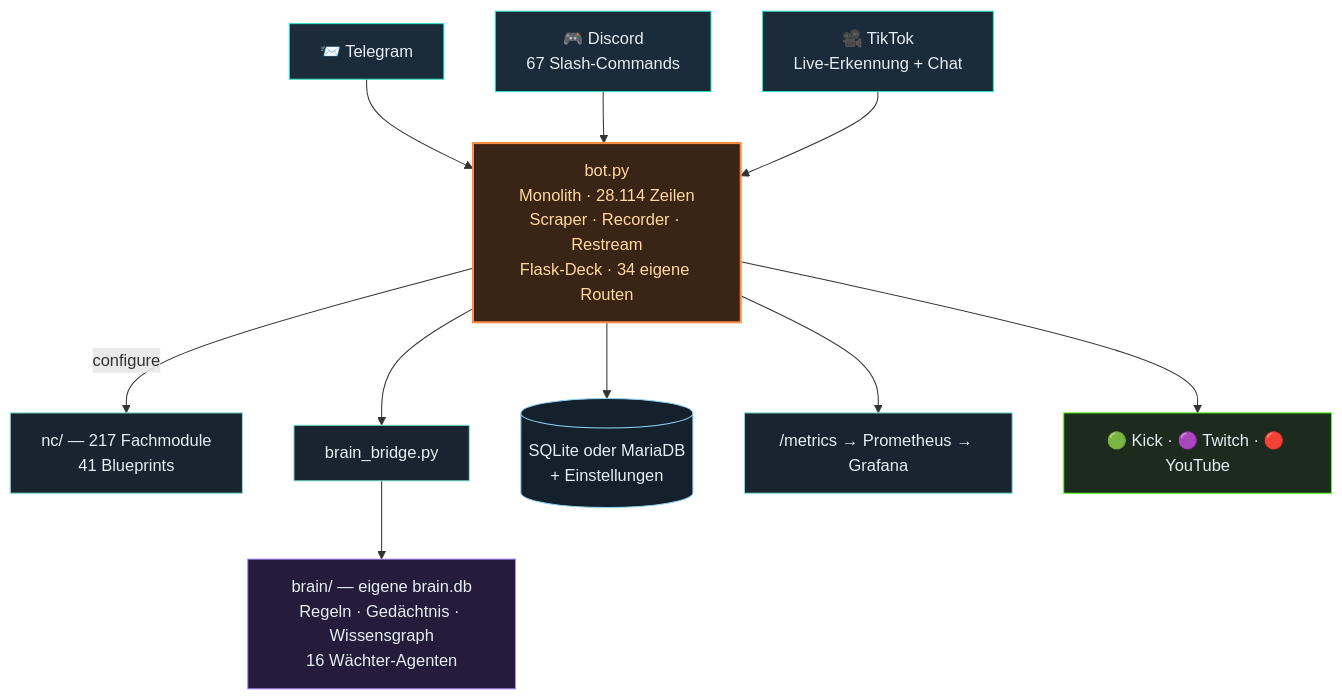
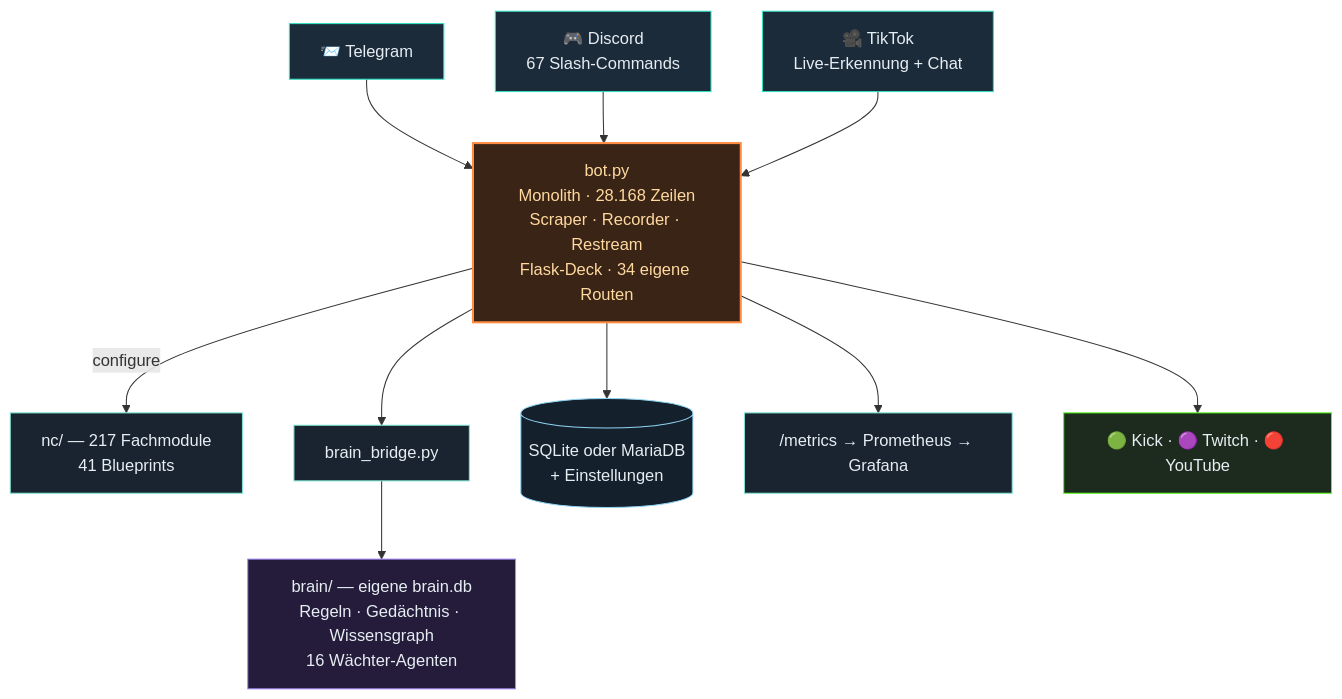
Before and after one commit to itsamemedev/Telegram-Stream-Info-Bot: the second of 3 diagrams in README.md, drawn with Mermaid. The commit also changed other lines of this file and 18 other files, not shown here.

````diff
--- a/README.md
+++ b/README.md
@@ -118,19 +118,19 @@
 ```mermaid
 flowchart TB
     TG["📨 Telegram"]:::ein --> BOT
     DC["🎮 Discord<br/>67 Slash-Commands"]:::ein --> BOT
     TT["🎥 TikTok<br/>Live-Erkennung + Chat"]:::ein --> BOT
-    BOT["bot.py<br/>Monolith · 28.114 Zeilen<br/>Scraper · Recorder · Restream<br/>Flask-Deck · 34 eigene Routen"]:::core
+    BOT["bot.py<br/>Monolith · 28.168 Zeilen<br/>Scraper · Recorder · Restream<br/>Flask-Deck · 34 eigene Routen"]:::core
     BOT -->|configure| NC["nc/ — 217 Fachmodule<br/>41 Blueprints"]:::lib
     BOT --> BR["brain_bridge.py"]:::lib
     BR --> BRAIN["brain/ — eigene brain.db<br/>Regeln · Gedächtnis · Wissensgraph<br/>16 Wächter-Agenten"]:::brain
     BOT --> DB[("SQLite oder MariaDB<br/>+ Einstellungen")]:::db
     BOT --> PROM["/metrics → Prometheus → Grafana"]:::lib
     BOT --> OUT["🟢 Kick · 🟣 Twitch · 🔴 YouTube"]:::out
     classDef ein fill:#1c2b3a,stroke:#2de1c2,color:#e6edf3
     classDef core fill:#3a2415,stroke:#ff8c42,stroke-width:2px,color:#ffd9a0
     classDef lib fill:#1a2430,stroke:#7fe7d4,color:#e6edf3
     classDef brain fill:#241c3a,stroke:#a78bfa,color:#e6edf3
     classDef db fill:#14202c,stroke:#8fd3f4,color:#e6edf3
     classDef out fill:#1c2b1e,stroke:#53fc18,color:#e6edf3
 ```
````
